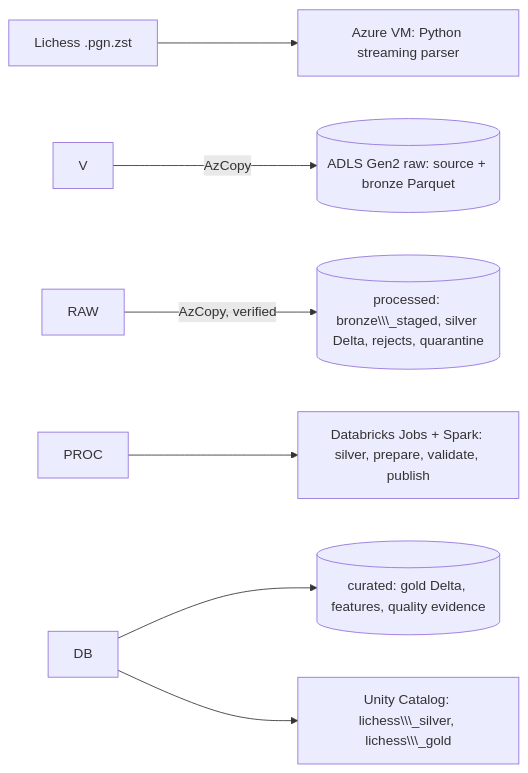
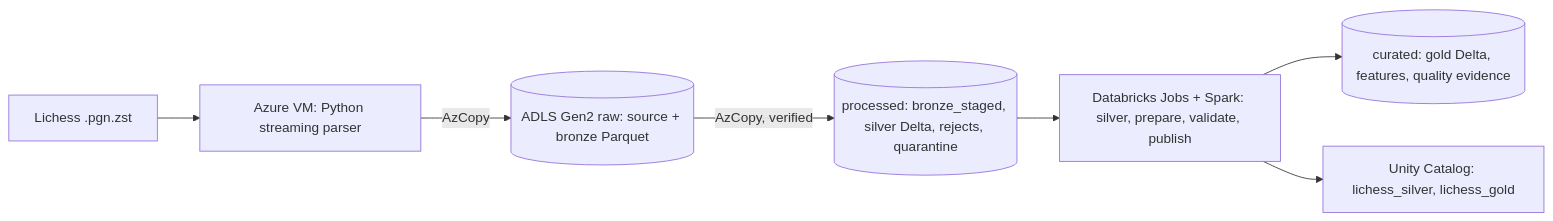
Before and after one commit to rizan-mohammed/dsai3202-lichess: the diagram in README.md, drawn with Mermaid. The commit also changed other lines of this file, not shown here.

````diff
--- a/README.md
+++ b/README.md
@@ -37,9 +45,9 @@
 ```mermaid
 flowchart LR
-  L\\\[Lichess .pgn.zst] --> V\\\[Azure VM: Python streaming parser]
-  V -->|AzCopy| RAW\\\[(ADLS Gen2 raw: source + bronze Parquet)]
-  RAW -->|AzCopy, verified| PROC\\\[(processed: bronze\\\_staged, silver Delta, rejects, quarantine)]
-  PROC --> DB\\\[Databricks Jobs + Spark: silver, prepare, validate, publish]
-  DB --> CUR\\\[(curated: gold Delta, features, quality evidence)]
-  DB --> UC\\\[Unity Catalog: lichess\\\_silver, lichess\\\_gold]
+  L[Lichess .pgn.zst] --> V[Azure VM: Python streaming parser]
+  V -->|AzCopy| RAW[(ADLS Gen2 raw: source + bronze Parquet)]
+  RAW -->|AzCopy, verified| PROC[(processed: bronze_staged, silver Delta, rejects, quarantine)]
+  PROC --> DB[Databricks Jobs + Spark: silver, prepare, validate, publish]
+  DB --> CUR[(curated: gold Delta, features, quality evidence)]
+  DB --> UC[Unity Catalog: lichess_silver, lichess_gold]
 ```
````
